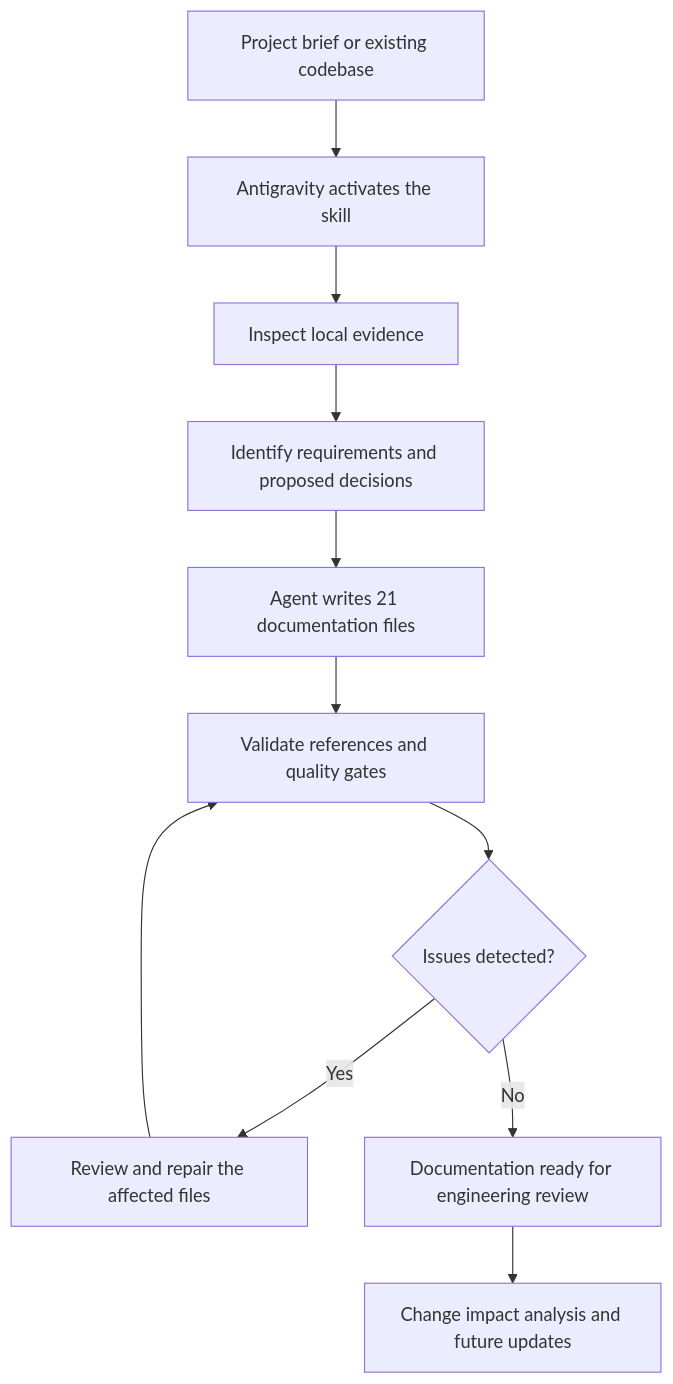
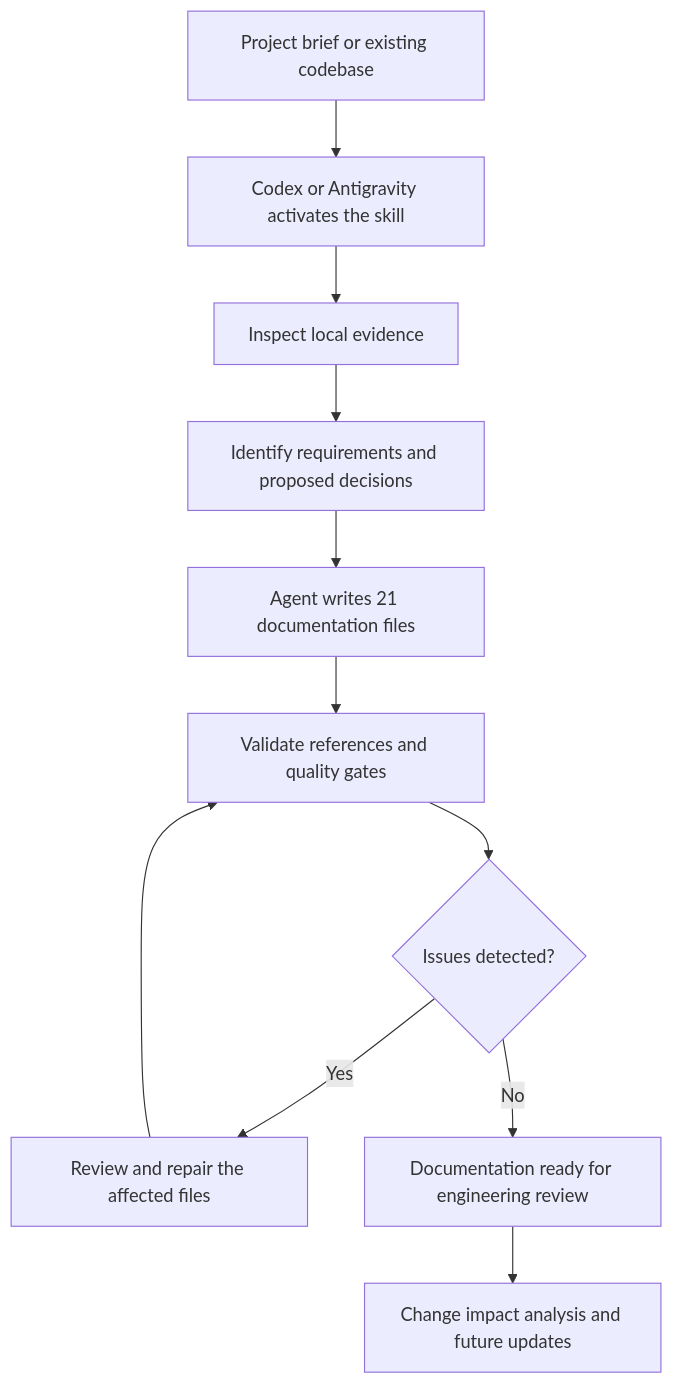
One commit to felixnatanaelbutarbutar/architect-docs-engine changed the diagram in README.md. Above: the diagram before and after it, drawn with Mermaid. The commit also changed other lines of this file and 4 other files, not shown here.

````diff
--- a/README.md
+++ b/README.md
@@ -49,13 +52,13 @@
 ```mermaid
 flowchart TD
-    A[Project brief or existing codebase] --> B[Antigravity activates the skill]
+    A[Project brief or existing codebase] --> B[Codex or Antigravity activates the skill]
     B --> C[Inspect local evidence]
     C --> D[Identify requirements and proposed decisions]
     D --> E[Agent writes 21 documentation files]
     E --> F[Validate references and quality gates]
     F --> G{Issues detected?}
     G -->|Yes| H[Review and repair the affected files]
     H --> F
     G -->|No| I[Documentation ready for engineering review]
     I --> J[Change impact analysis and future updates]
 ```
````
